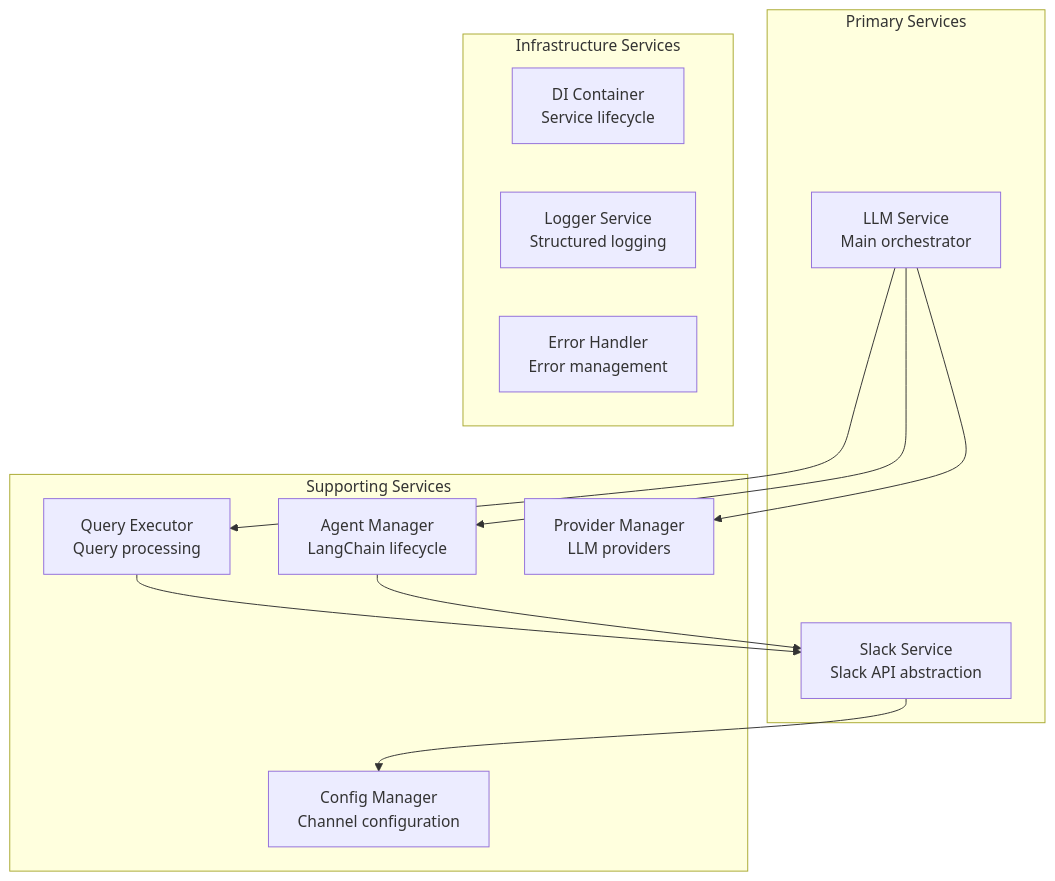
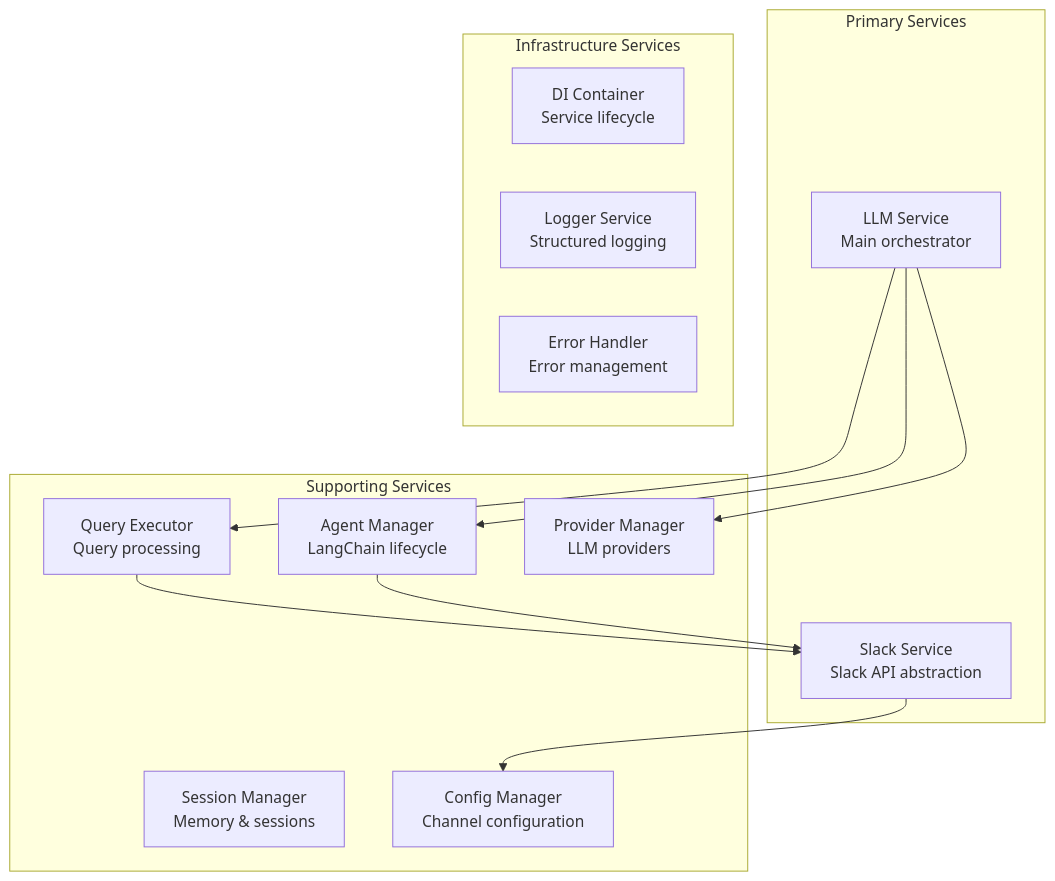
The first of 3 diagrams in backend/docs/SERVICES.md (hechtcarmel/slack-knowledge-agent), drawn with Mermaid before and after one commit. The commit also changed other lines of this file and 4 other files, not shown here.

First line of the commit message:
feat(session): introduce SessionManager for enhanced conversation memory management

````diff
--- a/backend/docs/SERVICES.md
+++ b/backend/docs/SERVICES.md
@@ -11,27 +11,28 @@
 ```mermaid
 graph TB
     subgraph "Primary Services"
         LLMService[LLM Service<br/>Main orchestrator]
         SlackService[Slack Service<br/>Slack API abstraction]
     end
     
     subgraph "Supporting Services"
         AgentManager[Agent Manager<br/>LangChain lifecycle]
         QueryExecutor[Query Executor<br/>Query processing]
+        SessionManager[Session Manager<br/>Memory & sessions]
         ProviderManager[Provider Manager<br/>LLM providers]
         ConfigManager[Config Manager<br/>Channel configuration]
     end
     
     subgraph "Infrastructure Services"
         Container[DI Container<br/>Service lifecycle]
         Logger[Logger Service<br/>Structured logging]
         ErrorHandler[Error Handler<br/>Error management]
     end
     
     LLMService --> AgentManager
     LLMService --> QueryExecutor
     LLMService --> ProviderManager
     QueryExecutor --> SlackService
     AgentManager --> SlackService
     SlackService --> ConfigManager
 ```
````
